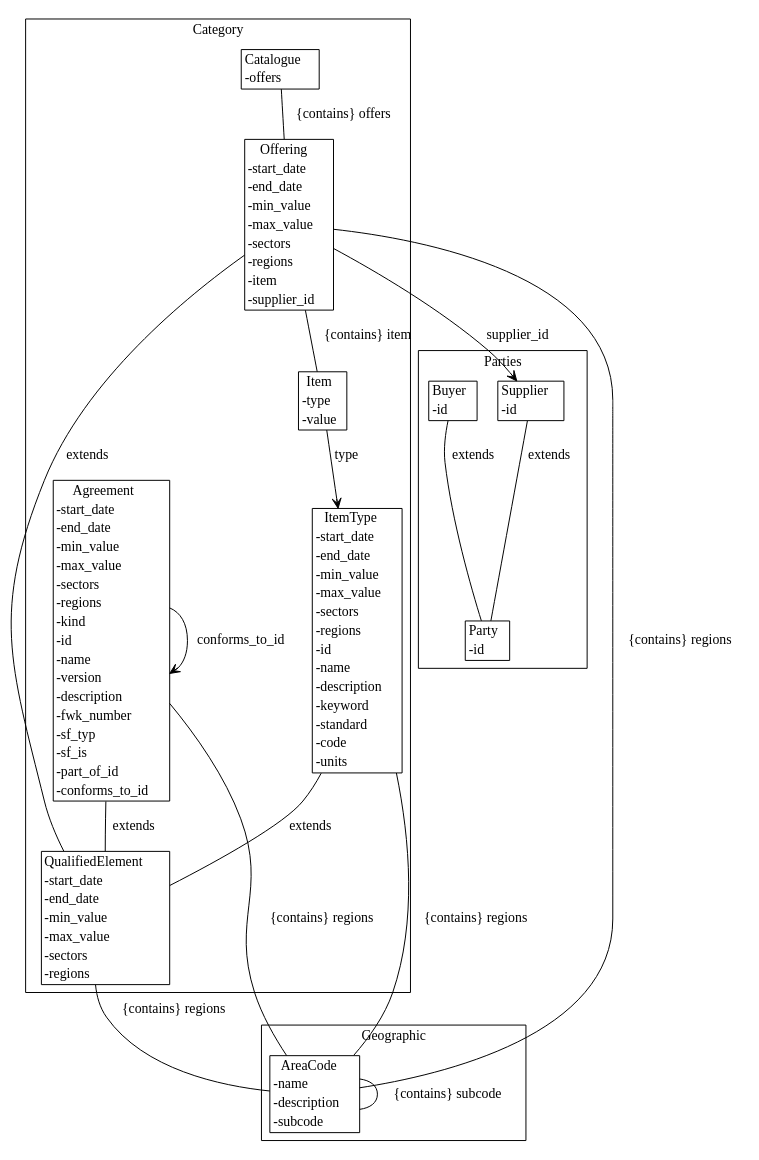
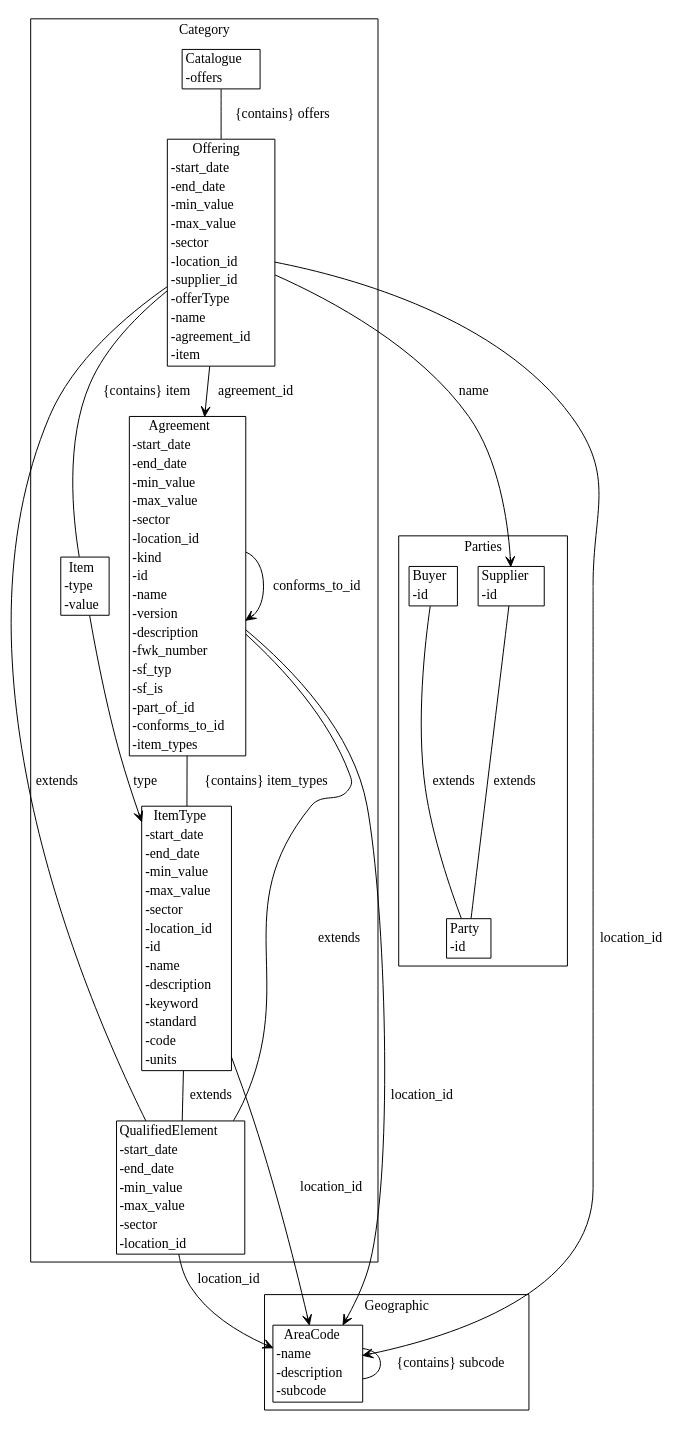
The diagram in agreement-design/gen/diagrams/data_model.dot (Crown-Commercial-Service/cmp-design-prototype), drawn with Graphviz before and after one commit. The commit also changed 5 other files, not shown here.

Commit message:
Change agreement and fm Add specialisations to Offering

```diff
--- a/agreement-design/gen/diagrams/data_model.dot
+++ b/agreement-design/gen/diagrams/data_model.dot
@@ -1,40 +1,43 @@
 strict digraph {
 subgraph cluster_Category {
 node [shape=plaintext margin=0];
 label=Category;
-"QualifiedElement" [label=<<table BORDER="1" CELLBORDER="0" CELLSPACING="0"><TH><TD>QualifiedElement</TD></TH><TR><TD ALIGN="LEFT">-start_date</TD></TR><TR><TD ALIGN="LEFT">-end_date</TD></TR><TR><TD ALIGN="LEFT">-min_value</TD></TR><TR><TD ALIGN="LEFT">-max_value</TD></TR><TR><TD ALIGN="LEFT">-sectors</TD></TR><TR><TD ALIGN="LEFT">-regions</TD></TR></table>>];
-"Agreement" [label=<<table BORDER="1" CELLBORDER="0" CELLSPACING="0"><TH><TD>Agreement</TD></TH><TR><TD ALIGN="LEFT">-start_date</TD></TR><TR><TD ALIGN="LEFT">-end_date</TD></TR><TR><TD ALIGN="LEFT">-min_value</TD></TR><TR><TD ALIGN="LEFT">-max_value</TD></TR><TR><TD ALIGN="LEFT">-sectors</TD></TR><TR><TD ALIGN="LEFT">-regions</TD></TR><TR><TD ALIGN="LEFT">-kind</TD></TR><TR><TD ALIGN="LEFT">-id</TD></TR><TR><TD ALIGN="LEFT">-name</TD></TR><TR><TD ALIGN="LEFT">-version</TD></TR><TR><TD ALIGN="LEFT">-description</TD></TR><TR><TD ALIGN="LEFT">-fwk_number</TD></TR><TR><TD ALIGN="LEFT">-sf_typ</TD></TR><TR><TD ALIGN="LEFT">-sf_is</TD></TR><TR><TD ALIGN="LEFT">-part_of_id</TD></TR><TR><TD ALIGN="LEFT">-conforms_to_id</TD></TR></table>>];
-"ItemType" [label=<<table BORDER="1" CELLBORDER="0" CELLSPACING="0"><TH><TD>ItemType</TD></TH><TR><TD ALIGN="LEFT">-start_date</TD></TR><TR><TD ALIGN="LEFT">-end_date</TD></TR><TR><TD ALIGN="LEFT">-min_value</TD></TR><TR><TD ALIGN="LEFT">-max_value</TD></TR><TR><TD ALIGN="LEFT">-sectors</TD></TR><TR><TD ALIGN="LEFT">-regions</TD></TR><TR><TD ALIGN="LEFT">-id</TD></TR><TR><TD ALIGN="LEFT">-name</TD></TR><TR><TD ALIGN="LEFT">-description</TD></TR><TR><TD ALIGN="LEFT">-keyword</TD></TR><TR><TD ALIGN="LEFT">-standard</TD></TR><TR><TD ALIGN="LEFT">-code</TD></TR><TR><TD ALIGN="LEFT">-units</TD></TR></table>>];
+"QualifiedElement" [label=<<table BORDER="1" CELLBORDER="0" CELLSPACING="0"><TH><TD>QualifiedElement</TD></TH><TR><TD ALIGN="LEFT">-start_date</TD></TR><TR><TD ALIGN="LEFT">-end_date</TD></TR><TR><TD ALIGN="LEFT">-min_value</TD></TR><TR><TD ALIGN="LEFT">-max_value</TD></TR><TR><TD ALIGN="LEFT">-sector</TD></TR><TR><TD ALIGN="LEFT">-location_id</TD></TR></table>>];
+"ItemType" [label=<<table BORDER="1" CELLBORDER="0" CELLSPACING="0"><TH><TD>ItemType</TD></TH><TR><TD ALIGN="LEFT">-start_date</TD></TR><TR><TD ALIGN="LEFT">-end_date</TD></TR><TR><TD ALIGN="LEFT">-min_value</TD></TR><TR><TD ALIGN="LEFT">-max_value</TD></TR><TR><TD ALIGN="LEFT">-sector</TD></TR><TR><TD ALIGN="LEFT">-location_id</TD></TR><TR><TD ALIGN="LEFT">-id</TD></TR><TR><TD ALIGN="LEFT">-name</TD></TR><TR><TD ALIGN="LEFT">-description</TD></TR><TR><TD ALIGN="LEFT">-keyword</TD></TR><TR><TD ALIGN="LEFT">-standard</TD></TR><TR><TD ALIGN="LEFT">-code</TD></TR><TR><TD ALIGN="LEFT">-units</TD></TR></table>>];
+"Agreement" [label=<<table BORDER="1" CELLBORDER="0" CELLSPACING="0"><TH><TD>Agreement</TD></TH><TR><TD ALIGN="LEFT">-start_date</TD></TR><TR><TD ALIGN="LEFT">-end_date</TD></TR><TR><TD ALIGN="LEFT">-min_value</TD></TR><TR><TD ALIGN="LEFT">-max_value</TD></TR><TR><TD ALIGN="LEFT">-sector</TD></TR><TR><TD ALIGN="LEFT">-location_id</TD></TR><TR><TD ALIGN="LEFT">-kind</TD></TR><TR><TD ALIGN="LEFT">-id</TD></TR><TR><TD ALIGN="LEFT">-name</TD></TR><TR><TD ALIGN="LEFT">-version</TD></TR><TR><TD ALIGN="LEFT">-description</TD></TR><TR><TD ALIGN="LEFT">-fwk_number</TD></TR><TR><TD ALIGN="LEFT">-sf_typ</TD></TR><TR><TD ALIGN="LEFT">-sf_is</TD></TR><TR><TD ALIGN="LEFT">-part_of_id</TD></TR><TR><TD ALIGN="LEFT">-conforms_to_id</TD></TR><TR><TD ALIGN="LEFT">-item_types</TD></TR></table>>];
 "Item" [label=<<table BORDER="1" CELLBORDER="0" CELLSPACING="0"><TH><TD>Item</TD></TH><TR><TD ALIGN="LEFT">-type</TD></TR><TR><TD ALIGN="LEFT">-value</TD></TR></table>>];
-"Offering" [label=<<table BORDER="1" CELLBORDER="0" CELLSPACING="0"><TH><TD>Offering</TD></TH><TR><TD ALIGN="LEFT">-start_date</TD></TR><TR><TD ALIGN="LEFT">-end_date</TD></TR><TR><TD ALIGN="LEFT">-min_value</TD></TR><TR><TD ALIGN="LEFT">-max_value</TD></TR><TR><TD ALIGN="LEFT">-sectors</TD></TR><TR><TD ALIGN="LEFT">-regions</TD></TR><TR><TD ALIGN="LEFT">-item</TD></TR><TR><TD ALIGN="LEFT">-supplier_id</TD></TR></table>>];
+"Offering" [label=<<table BORDER="1" CELLBORDER="0" CELLSPACING="0"><TH><TD>Offering</TD></TH><TR><TD ALIGN="LEFT">-start_date</TD></TR><TR><TD ALIGN="LEFT">-end_date</TD></TR><TR><TD ALIGN="LEFT">-min_value</TD></TR><TR><TD ALIGN="LEFT">-max_value</TD></TR><TR><TD ALIGN="LEFT">-sector</TD></TR><TR><TD ALIGN="LEFT">-location_id</TD></TR><TR><TD ALIGN="LEFT">-supplier_id</TD></TR><TR><TD ALIGN="LEFT">-offerType</TD></TR><TR><TD ALIGN="LEFT">-name</TD></TR><TR><TD ALIGN="LEFT">-agreement_id</TD></TR><TR><TD ALIGN="LEFT">-item</TD></TR></table>>];
 "Catalogue" [label=<<table BORDER="1" CELLBORDER="0" CELLSPACING="0"><TH><TD>Catalogue</TD></TH><TR><TD ALIGN="LEFT">-offers</TD></TR></table>>];
 }
 subgraph cluster_Parties {
 node [shape=plaintext margin=0];
 label=Parties;
 "Party" [label=<<table BORDER="1" CELLBORDER="0" CELLSPACING="0"><TH><TD>Party</TD></TH><TR><TD ALIGN="LEFT">-id</TD></TR></table>>];
 "Supplier" [label=<<table BORDER="1" CELLBORDER="0" CELLSPACING="0"><TH><TD>Supplier</TD></TH><TR><TD ALIGN="LEFT">-id</TD></TR></table>>];
 "Buyer" [label=<<table BORDER="1" CELLBORDER="0" CELLSPACING="0"><TH><TD>Buyer</TD></TH><TR><TD ALIGN="LEFT">-id</TD></TR></table>>];
 }
 subgraph cluster_Geographic {
 node [shape=plaintext margin=0];
 label=Geographic;
 "AreaCode" [label=<<table BORDER="1" CELLBORDER="0" CELLSPACING="0"><TH><TD>AreaCode</TD></TH><TR><TD ALIGN="LEFT">-name</TD></TR><TR><TD ALIGN="LEFT">-description</TD></TR><TR><TD ALIGN="LEFT">-subcode</TD></TR></table>>];
 }
-"QualifiedElement" -> "AreaCode" [label="{contains} regions" arrowhead = "none" arrowtail = "diamond" ];
+"QualifiedElement" -> "AreaCode" [label="location_id" arrowhead = "open" arrowtail = "none" ];
+"ItemType" -> "QualifiedElement" [label="extends" arrowhead = "none" arrowtail = "normal" ];
+"ItemType" -> "AreaCode" [label="location_id" arrowhead = "open" arrowtail = "none" ];
 "Agreement" -> "QualifiedElement" [label="extends" arrowhead = "none" arrowtail = "normal" ];
-"Agreement" -> "AreaCode" [label="{contains} regions" arrowhead = "none" arrowtail = "diamond" ];
+"Agreement" -> "AreaCode" [label="location_id" arrowhead = "open" arrowtail = "none" ];
 "Agreement" -> "Agreement" [label="part_of_id" arrowhead = "open" arrowtail = "none" ];
 "Agreement" -> "Agreement" [label="conforms_to_id" arrowhead = "open" arrowtail = "none" ];
-"ItemType" -> "QualifiedElement" [label="extends" arrowhead = "none" arrowtail = "normal" ];
-"ItemType" -> "AreaCode" [label="{contains} regions" arrowhead = "none" arrowtail = "diamond" ];
+"Agreement" -> "ItemType" [label="{contains} item_types" arrowhead = "none" arrowtail = "diamond" ];
 "Item" -> "ItemType" [label="type" arrowhead = "open" arrowtail = "none" ];
 "Offering" -> "QualifiedElement" [label="extends" arrowhead = "none" arrowtail = "normal" ];
-"Offering" -> "AreaCode" [label="{contains} regions" arrowhead = "none" arrowtail = "diamond" ];
+"Offering" -> "AreaCode" [label="location_id" arrowhead = "open" arrowtail = "none" ];
+"Offering" -> "Supplier" [label="supplier_id" arrowhead = "open" arrowtail = "none" ];
+"Offering" -> "Supplier" [label="name" arrowhead = "open" arrowtail = "none" ];
+"Offering" -> "Agreement" [label="agreement_id" arrowhead = "open" arrowtail = "none" ];
 "Offering" -> "Item" [label="{contains} item" arrowhead = "none" arrowtail = "diamond" ];
-"Offering" -> "Supplier" [label="supplier_id" arrowhead = "open" arrowtail = "none" ];
 "Catalogue" -> "Offering" [label="{contains} offers" arrowhead = "none" arrowtail = "diamond" ];
 "Supplier" -> "Party" [label="extends" arrowhead = "none" arrowtail = "normal" ];
 "Buyer" -> "Party" [label="extends" arrowhead = "none" arrowtail = "normal" ];
 "AreaCode" -> "AreaCode" [label="{contains} subcode" arrowhead = "none" arrowtail = "diamond" ];
 }
```
